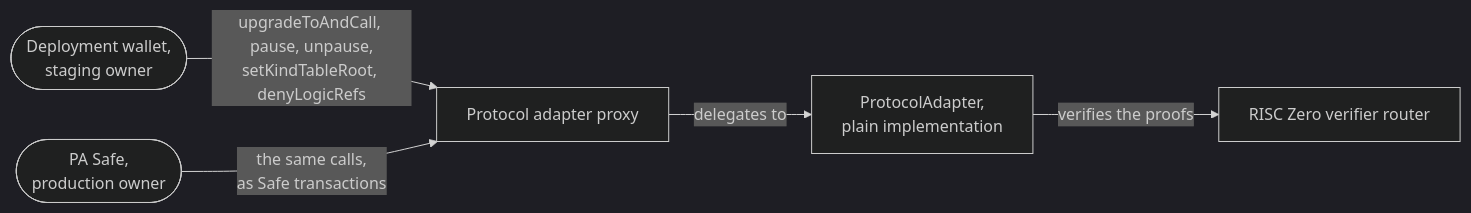
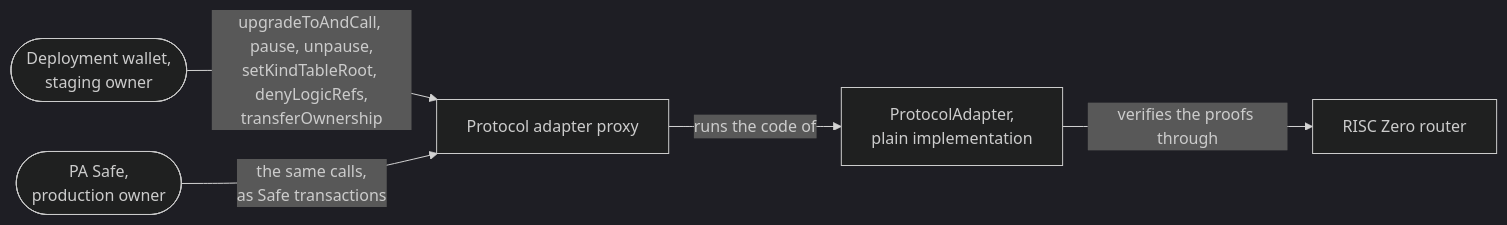
Before and after one commit to anoma/pa-evm: the first of 2 diagrams in docs/02-upgrades.md, drawn with Mermaid (dark theme). The commit also changed other lines of this file and 5 other files, not shown here.

````diff
--- a/docs/02-upgrades.md
+++ b/docs/02-upgrades.md
@@ -7,13 +7,13 @@
 ```mermaid
 flowchart LR
     wallet([Deployment wallet,<br/>staging owner])
     pasafe([PA Safe,<br/>production owner])
     proxy[Protocol adapter proxy]
     plain[ProtocolAdapter,<br/>plain implementation]
-    router[RISC Zero verifier router]
+    router[RISC Zero router]
 
-    wallet -->|upgradeToAndCall, pause, unpause,<br/>setKindTableRoot, denyLogicRefs| proxy
+    wallet -->|upgradeToAndCall, pause, unpause,<br/>setKindTableRoot, denyLogicRefs,<br/>transferOwnership| proxy
     pasafe -->|the same calls,<br/>as Safe transactions| proxy
-    proxy -->|delegates to| plain
-    plain -->|verifies the proofs| router
+    proxy -->|runs the code of| plain
+    plain -->|verifies the proofs through| router
 ```
````
